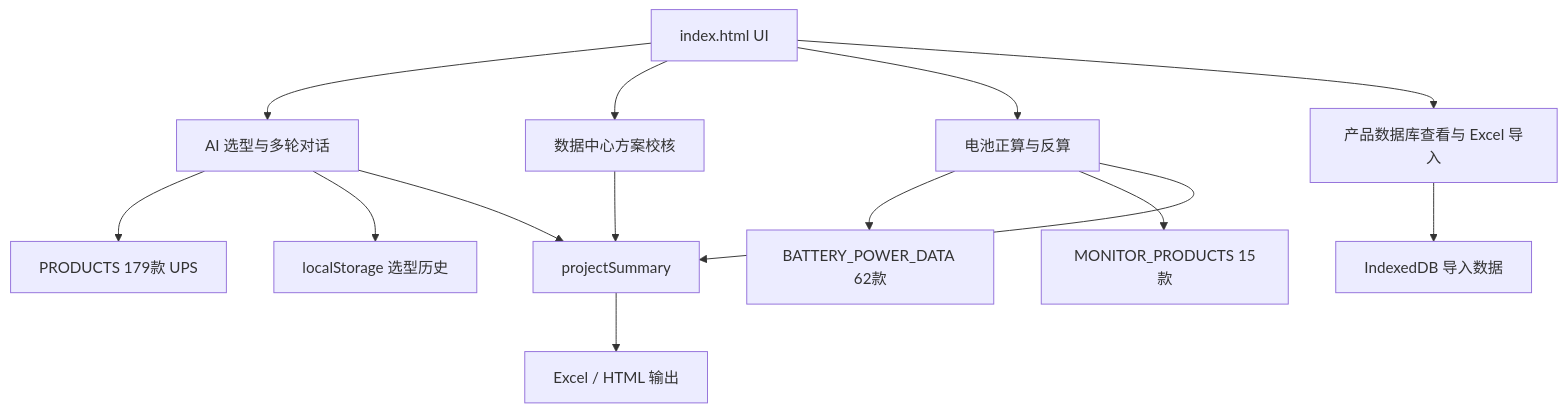
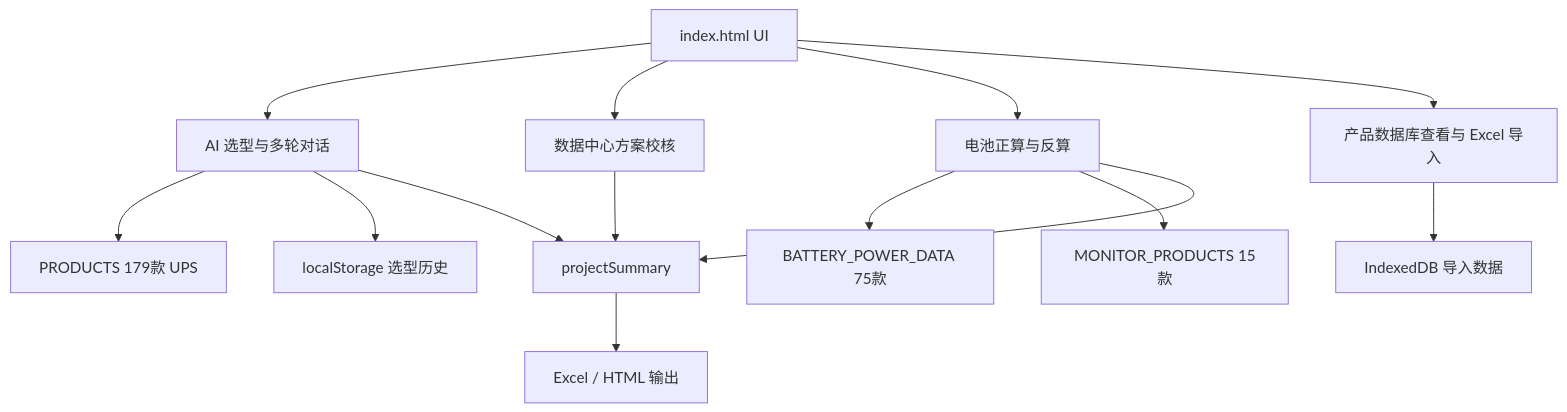
The diagram in UPS选型助手_开发文档.md (xiaochuan1989/-UPS-Selector), drawn with Mermaid before and after one commit. The commit also changed other lines of this file and 4 other files, not shown here.

````diff
--- a/UPS选型助手_开发文档.md
+++ b/UPS选型助手_开发文档.md
@@ -64,16 +66,16 @@
 ```mermaid
 flowchart TD
     UI["index.html UI"] --> AI["AI 选型与多轮对话"]
     UI --> DC["数据中心方案校核"]
     UI --> BAT["电池正算与反算"]
     UI --> DB["产品数据库查看与 Excel 导入"]
     AI --> PRODUCTS["PRODUCTS 179款 UPS"]
-    BAT --> POWER["BATTERY_POWER_DATA 62款"]
+    BAT --> POWER["BATTERY_POWER_DATA 75款"]
     BAT --> MONITOR["MONITOR_PRODUCTS 15款"]
     DB --> IDB["IndexedDB 导入数据"]
     AI --> HISTORY["localStorage 选型历史"]
     DC --> SUMMARY["projectSummary"]
     BAT --> SUMMARY
     AI --> SUMMARY
     SUMMARY --> EXPORT["Excel / HTML 输出"]
 ```
````
